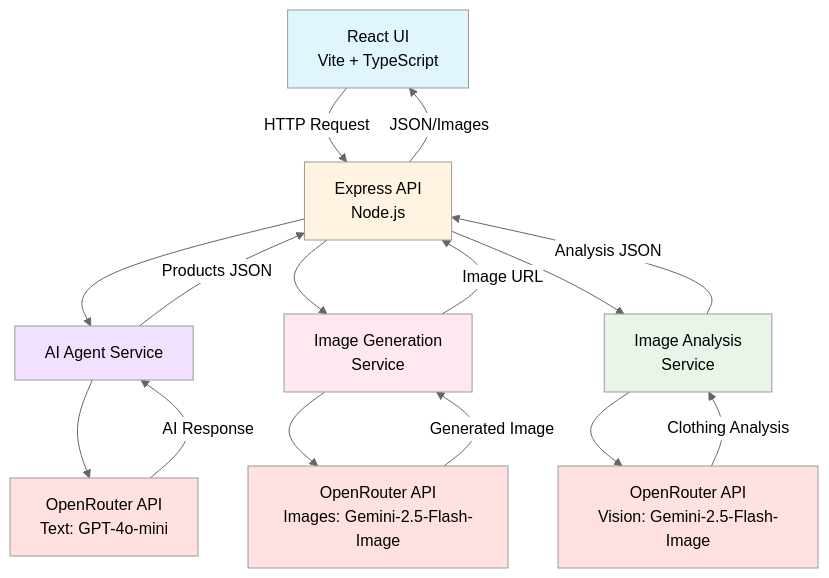
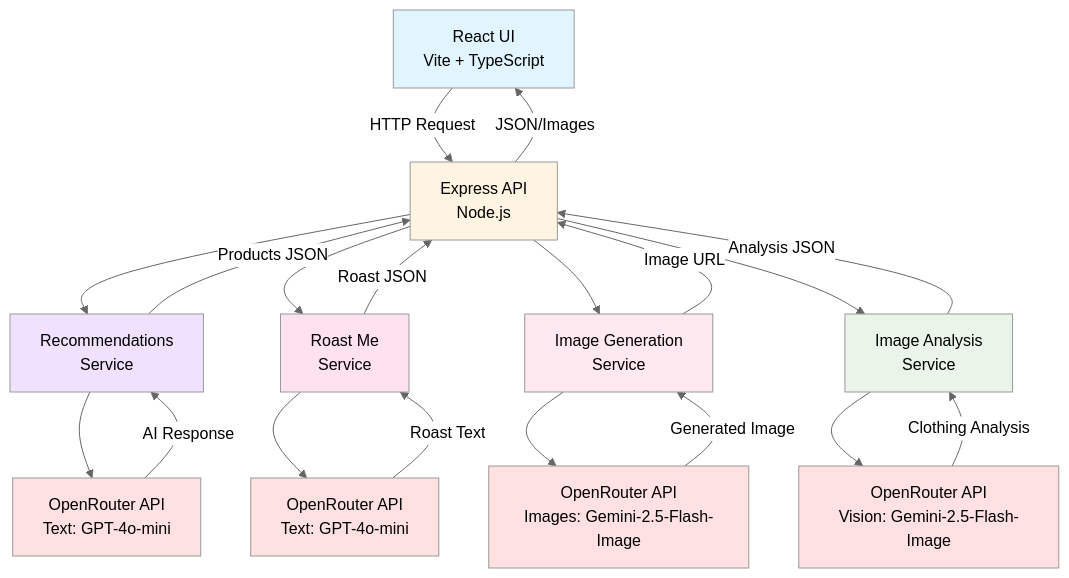
Before and after one commit to shrutikapoor08/codetv-openrouter-vibe-to-cart: the first of 11 diagrams in ARCHITECTURE.md, drawn with Mermaid (neutral theme). The commit also changed other lines of this file, not shown here.

First line of the commit message:
docs: split AI Agent Service into Recommendations and Roast Me services in architecture

````diff
--- a/ARCHITECTURE.md
+++ b/ARCHITECTURE.md
@@ -9,26 +9,32 @@
 ```mermaid
 graph TD
     A[React UI<br/>Vite + TypeScript] -->|HTTP Request| B[Express API<br/>Node.js]
-    B --> D[AI Agent Service]
+    B --> D[Recommendations<br/>Service]
+    B --> R[Roast Me<br/>Service]
     B --> G[Image Generation<br/>Service]
     B --> I[Image Analysis<br/>Service]
     D --> E[OpenRouter API<br/>Text: GPT-4o-mini]
+    R --> F[OpenRouter API<br/>Text: GPT-4o-mini]
     G --> H[OpenRouter API<br/>Images: Gemini-2.5-Flash-Image]
     I --> J[OpenRouter API<br/>Vision: Gemini-2.5-Flash-Image]
     E -->|AI Response| D
     D -->|Products JSON| B
+    F -->|Roast Text| R
+    R -->|Roast JSON| B
     H -->|Generated Image| G
     G -->|Image URL| B
     J -->|Clothing Analysis| I
     I -->|Analysis JSON| B
     B -->|JSON/Images| A
 
     style A fill:#e1f5ff
     style B fill:#fff4e1
     style D fill:#f0e1ff
+    style R fill:#ffe1f0
     style E fill:#ffe1e1
+    style F fill:#ffe1e1
     style G fill:#ffe8f0
     style H fill:#ffe1e1
     style I fill:#e8f5e8
     style J fill:#ffe1e1
 ```
````
